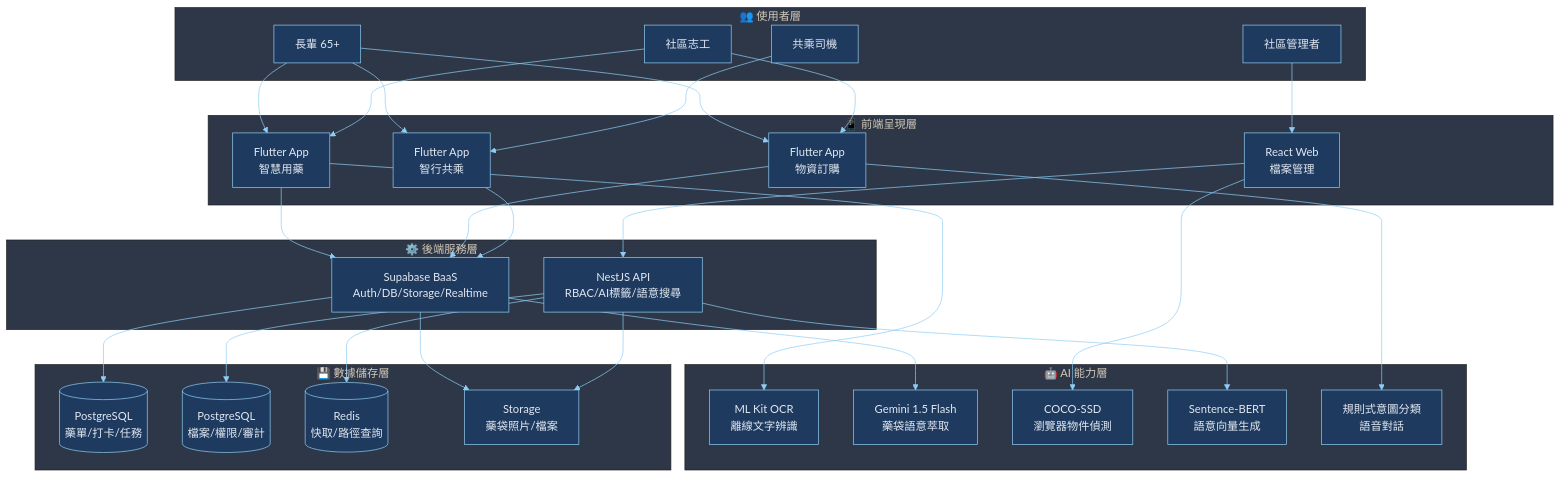
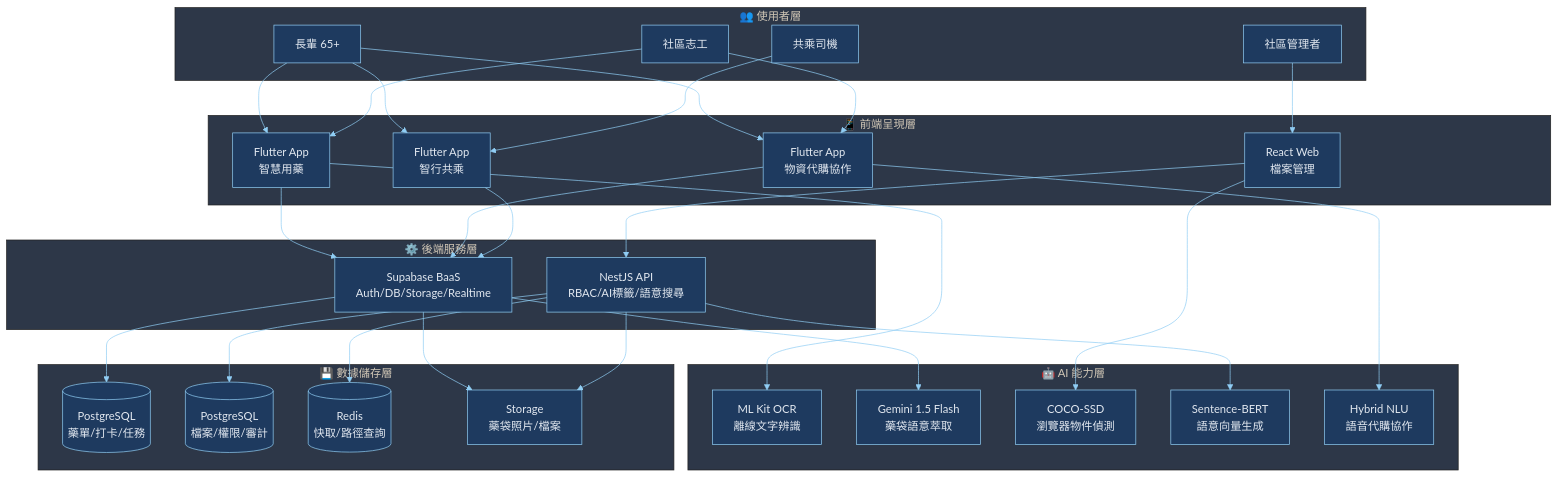
The second of 9 diagrams in docs/專題成果報告書初稿.md (Terry7075/smart_bp), drawn with Mermaid before and after one commit. The commit also changed other lines of this file and 112 other files, not shown here.

````diff
--- a/docs/專題成果報告書初稿.md
+++ b/docs/專題成果報告書初稿.md
@@ -138,62 +138,62 @@
 ```mermaid
 %%{init: {'theme': 'base', 'themeVariables': { 'primaryColor': '#1e3a5f', 'primaryTextColor': '#e2e8f0', 'primaryBorderColor': '#90cdf4', 'lineColor': '#90cdf4', 'secondaryColor': '#2c5282', 'tertiaryColor': '#2d3748'}}}%%
 graph TB
     subgraph 使用者層["👥 使用者層"]
         E[長輩 65+]
         V[社區志工]
         M[社區管理者]
         D[共乘司機]
     end
 
     subgraph 前端層["📱 前端呈現層"]
         F1[Flutter App<br/>智慧用藥]
-        F2[Flutter App<br/>物資訂購]
+        F2[Flutter App<br/>物資代購協作]
         F3[Flutter App<br/>智行共乘]
         F4[React Web<br/>檔案管理]
     end
 
     subgraph 後端層["⚙️ 後端服務層"]
         B1[Supabase BaaS<br/>Auth/DB/Storage/Realtime]
         B2[NestJS API<br/>RBAC/AI標籤/語意搜尋]
     end
 
     subgraph AI層["🤖 AI 能力層"]
         A1[ML Kit OCR<br/>離線文字辨識]
         A2[Gemini 1.5 Flash<br/>藥袋語意萃取]
         A3[COCO-SSD<br/>瀏覽器物件偵測]
         A4[Sentence-BERT<br/>語意向量生成]
-        A5[規則式意圖分類<br/>語音對話]
+        A5[Hybrid NLU<br/>語音代購協作]
     end
 
     subgraph 數據層["💾 數據儲存層"]
         DB1[(PostgreSQL<br/>藥單/打卡/任務)]
         DB2[(PostgreSQL<br/>檔案/權限/審計)]
         DB3[(Redis<br/>快取/路徑查詢)]
         S3[Storage<br/>藥袋照片/檔案]
     end
 
     E --> F1
     E --> F2
     E --> F3
     V --> F1
     V --> F2
     M --> F4
     D --> F3
 
     F1 --> B1
     F2 --> B1
     F3 --> B1
     F4 --> B2
 
     F1 --> A1
     B1 --> A2
     F4 --> A3
     B2 --> A4
     F2 --> A5
 
     B1 --> DB1
     B1 --> S3
     B2 --> DB2
     B2 --> DB3
     B2 --> S3
 ```
````
